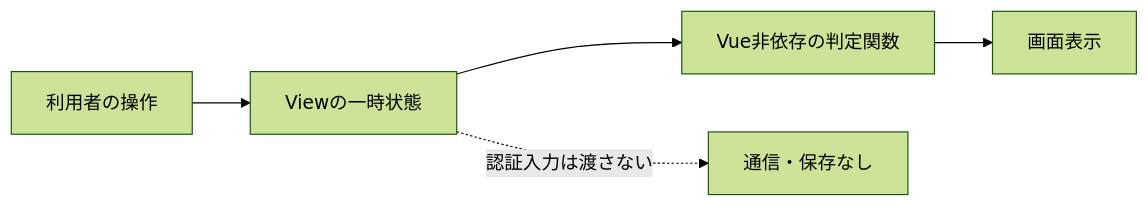
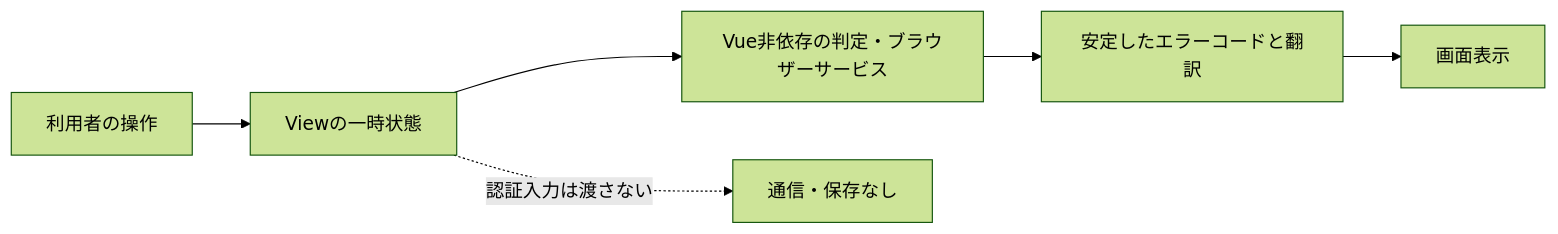
Before and after one commit to nao-dev-space/phishing-awareness: the first of 2 diagrams in docs/architecture.md, drawn with Mermaid (forest theme). The commit also changed other lines of this file and 53 other files, not shown here.

Commit message:
Refactor application to follow architecture guidelines

````diff
--- a/docs/architecture.md
+++ b/docs/architecture.md
@@ -9,7 +9,8 @@
 ```mermaid
 flowchart LR
   User["利用者の操作"] --> View["Viewの一時状態"]
-  View --> Logic["Vue非依存の判定関数"]
-  Logic --> Display["画面表示"]
+  View --> Logic["Vue非依存の判定・ブラウザーサービス"]
+  Logic --> Error["安定したエラーコードと翻訳"]
+  Error --> Display["画面表示"]
   View -. "認証入力は渡さない" .-> Nowhere["通信・保存なし"]
 ```
````
